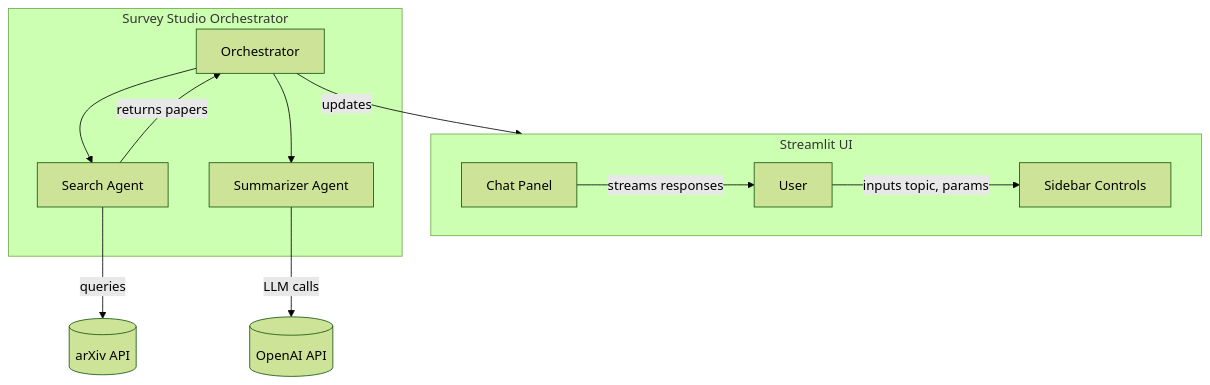
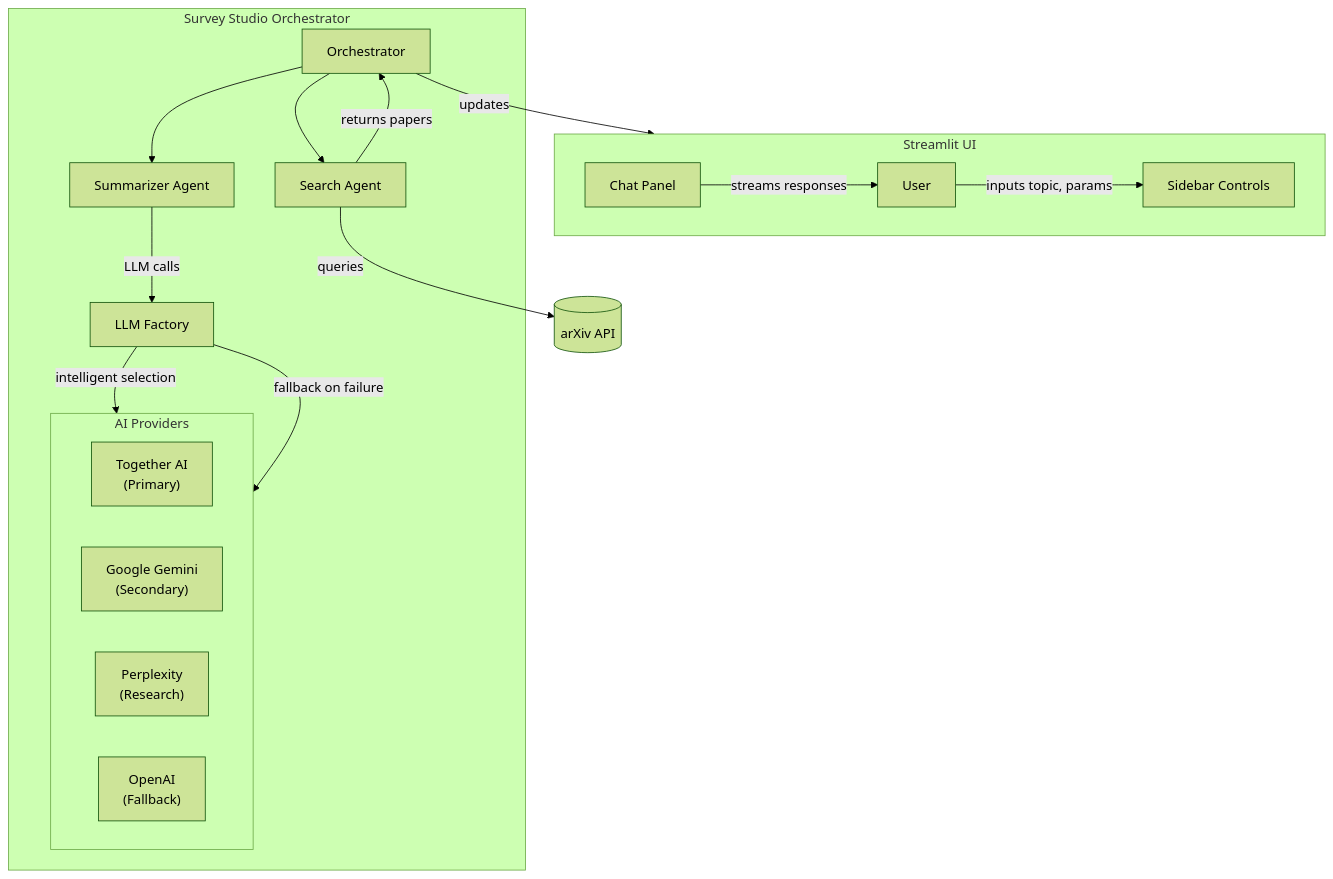
The diagram in README.md (Aditya-gam/survey-studio), drawn with Mermaid (forest theme) before and after one commit. The commit also changed other lines of this file and 6 other files, not shown here.

````diff
--- a/README.md
+++ b/README.md
@@ -25,17 +32,26 @@
 ```mermaid
 flowchart TD
   subgraph UI["Streamlit UI"]
     User["User"] -->|"inputs topic, params"| Sidebar["Sidebar Controls"]
     Chat["Chat Panel"] -->|"streams responses"| User
   end
 
   subgraph Backend["Survey Studio Orchestrator"]
     Orchestrator["Orchestrator"] --> SearchAgent
     Orchestrator --> SummarizerAgent
+    LLMFactory["LLM Factory"] -->|"intelligent selection"| AIProviders
+  end
+
+  subgraph AIProviders["AI Providers"]
+    TogetherAI["Together AI<br/>(Primary)"]
+    Gemini["Google Gemini<br/>(Secondary)"]
+    Perplexity["Perplexity<br/>(Research)"]
+    OpenAI["OpenAI<br/>(Fallback)"]
   end
 
   SearchAgent["Search Agent"] -->|"queries"| ArXiv[("arXiv API")]
   SearchAgent -->|"returns papers"| Orchestrator
-  SummarizerAgent["Summarizer Agent"] -->|"LLM calls"| OpenAI[("OpenAI API")]
+  SummarizerAgent["Summarizer Agent"] -->|"LLM calls"| LLMFactory
+  LLMFactory -->|"fallback on failure"| AIProviders
   Orchestrator -->|"updates"| UI
 ```
````
